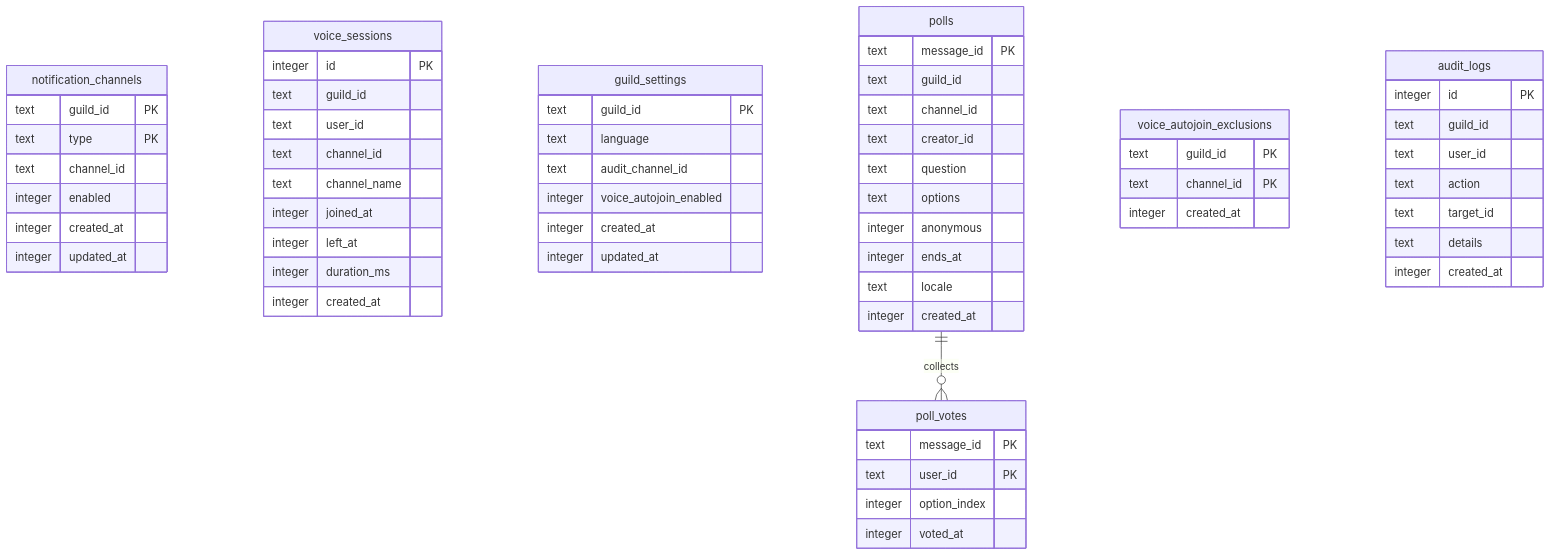
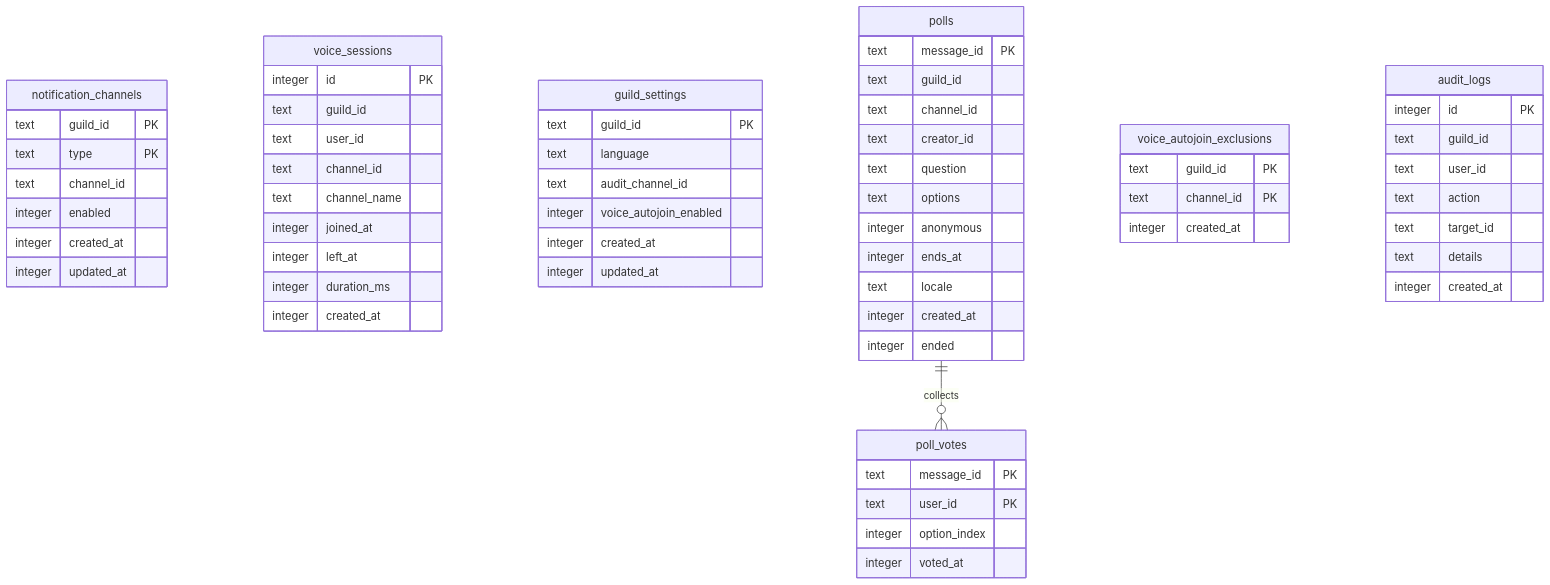
One commit to iam74k4/DiscordBot changed the diagram in docs/database.md. Above: the diagram before and after it, drawn with Mermaid. The commit also changed other lines of this file and 14 other files, not shown here.

````diff
--- a/docs/database.md
+++ b/docs/database.md
@@ -244,70 +247,71 @@
 ```mermaid
 erDiagram
     notification_channels {
         text guild_id PK
         text type PK
         text channel_id
         integer enabled
         integer created_at
         integer updated_at
     }
 
     voice_sessions {
         integer id PK
         text guild_id
         text user_id
         text channel_id
         text channel_name
         integer joined_at
         integer left_at
         integer duration_ms
         integer created_at
     }
 
     guild_settings {
         text guild_id PK
         text language
         text audit_channel_id
         integer voice_autojoin_enabled
         integer created_at
         integer updated_at
     }
 
     polls {
         text message_id PK
         text guild_id
         text channel_id
         text creator_id
         text question
         text options
         integer anonymous
         integer ends_at
         text locale
         integer created_at
+        integer ended
     }
 
     poll_votes {
         text message_id PK
         text user_id PK
         integer option_index
         integer voted_at
     }
 
     voice_autojoin_exclusions {
         text guild_id PK
         text channel_id PK
         integer created_at
     }
 
     polls ||--o{ poll_votes : "collects"
 
     audit_logs {
         integer id PK
         text guild_id
         text user_id
         text action
         text target_id
         text details
         integer created_at
     }
 ```
````
